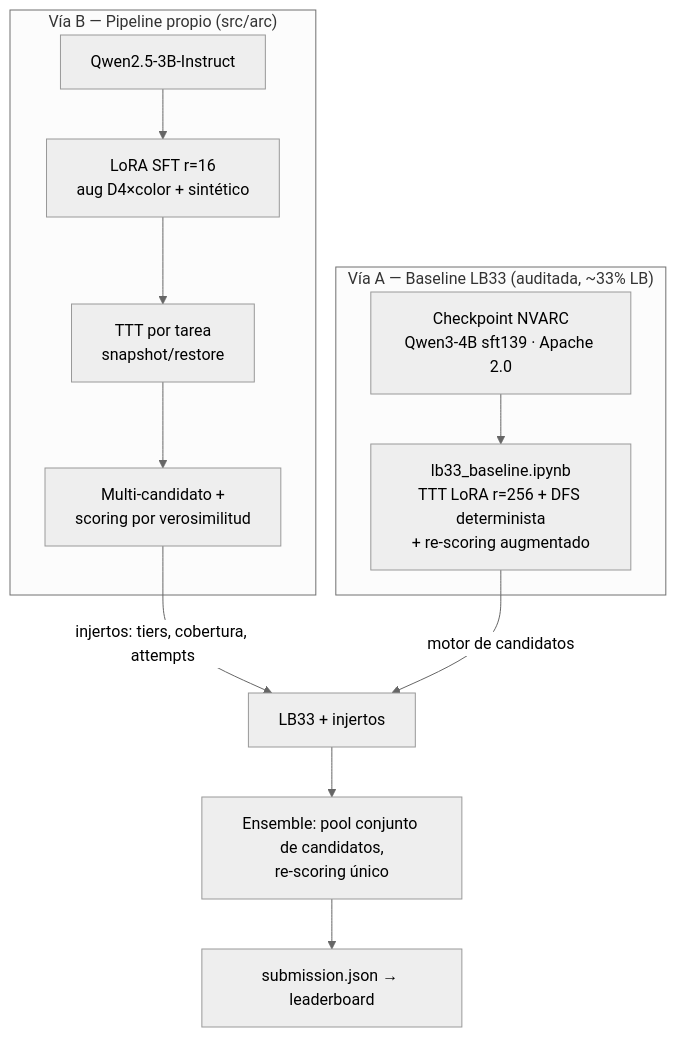
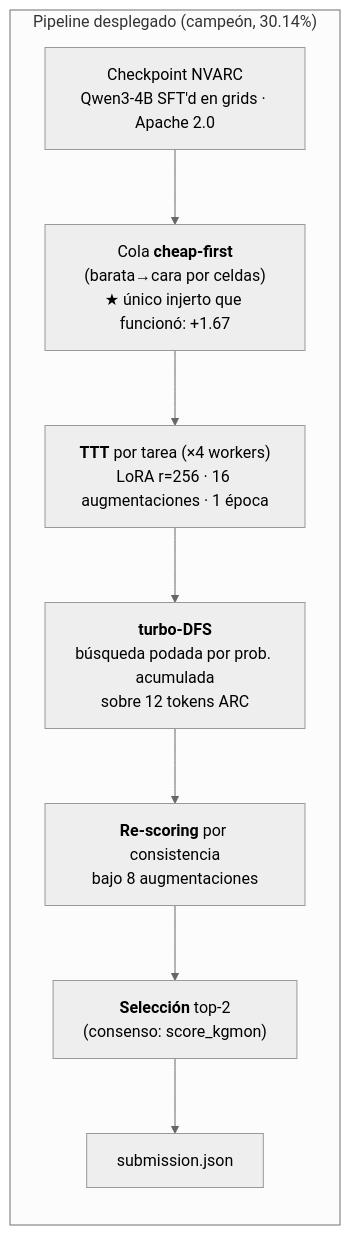
The first of 2 diagrams in README.md (jvilladuque90/arc-prize-2026-arc-agi-2), drawn with Mermaid (neutral theme) before and after one commit. The commit also changed other lines of this file and 4 other files, not shown here.

````diff
--- a/README.md
+++ b/README.md
@@ -55,15 +55,13 @@
 ```mermaid
 flowchart TB
-    subgraph VIA_A["Vía A — Baseline LB33 (auditada, ~33% LB)"]
-        NV["Checkpoint NVARC<br/>Qwen3-4B sft139 · Apache 2.0"] --> LB33["lb33_baseline.ipynb<br/>TTT LoRA r=256 + DFS determinista<br/>+ re-scoring augmentado"]
+    subgraph PIPE["Pipeline desplegado (campeón, 30.14%)"]
+        direction TB
+        Q["Checkpoint NVARC<br/>Qwen3-4B SFT'd en grids · Apache 2.0"]
+        CF["Cola <b>cheap-first</b><br/>(barata→cara por celdas)<br/>★ único injerto que funcionó: +1.67"]
+        TTT["<b>TTT</b> por tarea (×4 workers)<br/>LoRA r=256 · 16 augmentaciones · 1 época"]
+        DFS["<b>turbo-DFS</b><br/>búsqueda podada por prob. acumulada<br/>sobre 12 tokens ARC"]
+        RS["<b>Re-scoring</b> por consistencia<br/>bajo 8 augmentaciones"]
+        SEL["<b>Selección</b> top-2<br/>(consenso: score_kgmon)"]
+        Q --> CF --> TTT --> DFS --> RS --> SEL --> SUB["submission.json"]
     end
-    subgraph VIA_B["Vía B — Pipeline propio (src/arc)"]
-        Q3["Qwen2.5-3B-Instruct"] --> SFT["LoRA SFT r=16<br/>aug D4×color + sintético"]
-        SFT --> TTT["TTT por tarea<br/>snapshot/restore"]
-        TTT --> SCORE["Multi-candidato +<br/>scoring por verosimilitud"]
-    end
-    SCORE -- "injertos: tiers, cobertura, attempts" --> INJ["LB33 + injertos"]
-    LB33 -- "motor de candidatos" --> INJ
-    INJ --> ENS["Ensemble: pool conjunto de candidatos,<br/>re-scoring único"]
-    ENS --> SUB["submission.json → leaderboard"]
 ```
````
